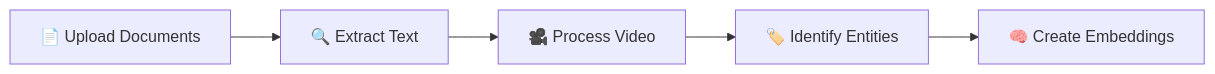
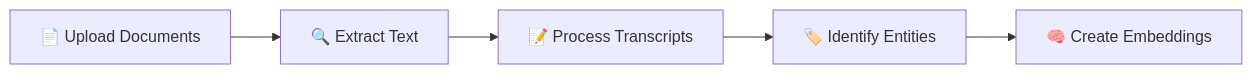
Before and after one commit to dlozina/ai-document-platform: the diagram in README.md, drawn with Mermaid. The commit also changed other lines of this file, not shown here.

````diff
--- a/README.md
+++ b/README.md
@@ -34,7 +34,7 @@
 ```mermaid
 graph LR
     A[📄 Upload Documents] --> B[🔍 Extract Text]
-    B --> C[🎥 Process Video]
+    B --> C[📝 Process Transcripts]
     C --> D[🏷️ Identify Entities]
     D --> E[🧠 Create Embeddings]
 ```
````
